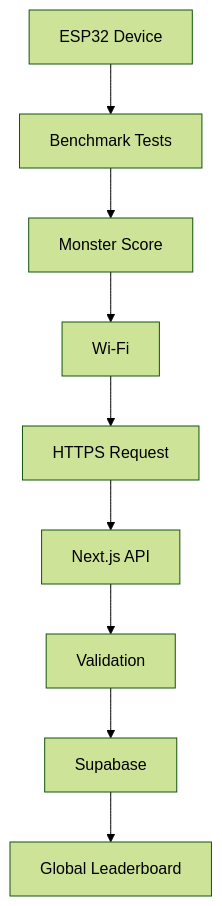
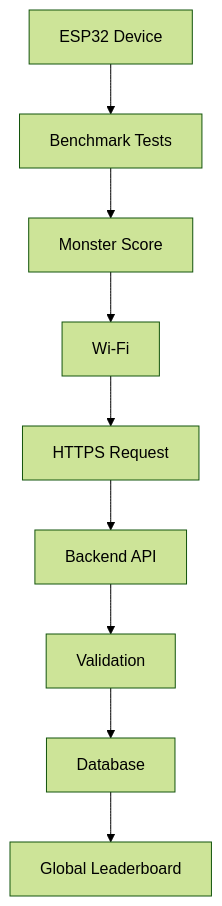
Before and after one commit to HeyDander/esp32_benchmark: the first of 2 diagrams in README.md, drawn with Mermaid (forest theme). The commit also changed other lines of this file, not shown here.

````diff
--- a/README.md
+++ b/README.md
@@ -66,11 +59,11 @@
 ```mermaid
 flowchart TD
     A["ESP32 Device"] --> B["Benchmark Tests"]
     B --> C["Monster Score"]
     C --> D["Wi-Fi"]
     D --> E["HTTPS Request"]
-    E --> F["Next.js API"]
+    E --> F["Backend API"]
     F --> G["Validation"]
-    G --> H["Supabase"]
+    G --> H["Database"]
     H --> I["Global Leaderboard"]
 ```
````
